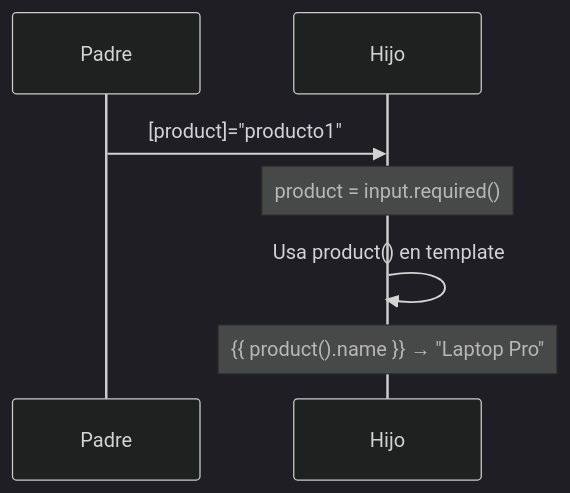
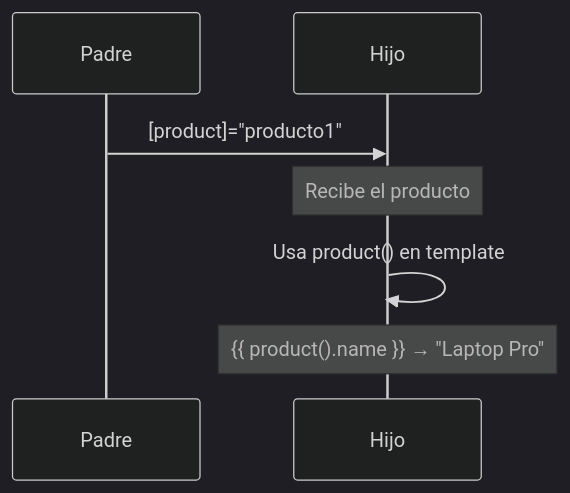
Before and after one commit to edgardo001/angular-mastery-roadmap: the fifth of 7 diagrams in 03-componentes-input/README.md, drawn with Mermaid (dark theme). The commit also changed other lines of this file and 2 other files, not shown here.

````diff
--- a/03-componentes-input/README.md
+++ b/03-componentes-input/README.md
@@ -87,10 +218,10 @@
 ```mermaid
 sequenceDiagram
     participant P as Padre
     participant H as Hijo
 
     P->>H: [product]="producto1"
-    Note over H: product = input.required()
+    Note over H: Recibe el producto
     H->>H: Usa product() en template
     Note over H: {{ product().name }} → "Laptop Pro"
 ```
````
